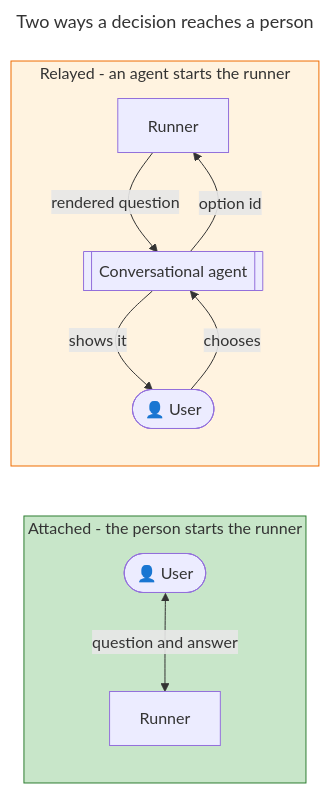
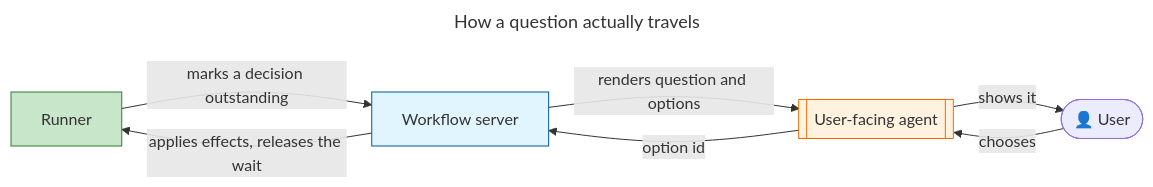
One commit to m2ux/workflow-server changed the fourth of 13 diagrams in artifacts/planning/2026-08-28-runner-execution-protocol/README.md. Above: the diagram before and after it, drawn with Mermaid. The commit also changed other lines of this file, not shown here.

First line of the commit message:
Route decisions through the user-facing agent in every diagram

````diff
--- a/artifacts/planning/2026-08-28-runner-execution-protocol/README.md
+++ b/artifacts/planning/2026-08-28-runner-execution-protocol/README.md
@@ -219,19 +224,16 @@
 ```mermaid
 ---
-title: Two ways a decision reaches a person
+title: How a question actually travels
 ---
 flowchart LR
-    subgraph Attached [Attached - the person starts the runner]
-        U1([👤 User]) <-->|question and answer| R1[Runner]
-    end
+    R[Runner] -->|marks a decision outstanding| S[Workflow server]
+    S -->|renders question and options| UFA[[User-facing agent]]
+    UFA -->|shows it| U([👤 User])
+    U -->|chooses| UFA
+    UFA -->|option id| S
+    S -->|applies effects, releases the wait| R
 
-    subgraph Relayed [Relayed - an agent starts the runner]
-        R2[Runner] -->|rendered question| C[[Conversational agent]]
-        C -->|shows it| U2([👤 User])
-        U2 -->|chooses| C
-        C -->|option id| R2
-    end
-
-    style Attached fill:#c8e6c9,stroke:#2e7d32
-    style Relayed fill:#fff3e0,stroke:#ef6c00
+    style R fill:#c8e6c9,stroke:#2e7d32
+    style S fill:#e1f5fe,stroke:#01579b
+    style UFA fill:#fff3e0,stroke:#ef6c00
 ```
````
